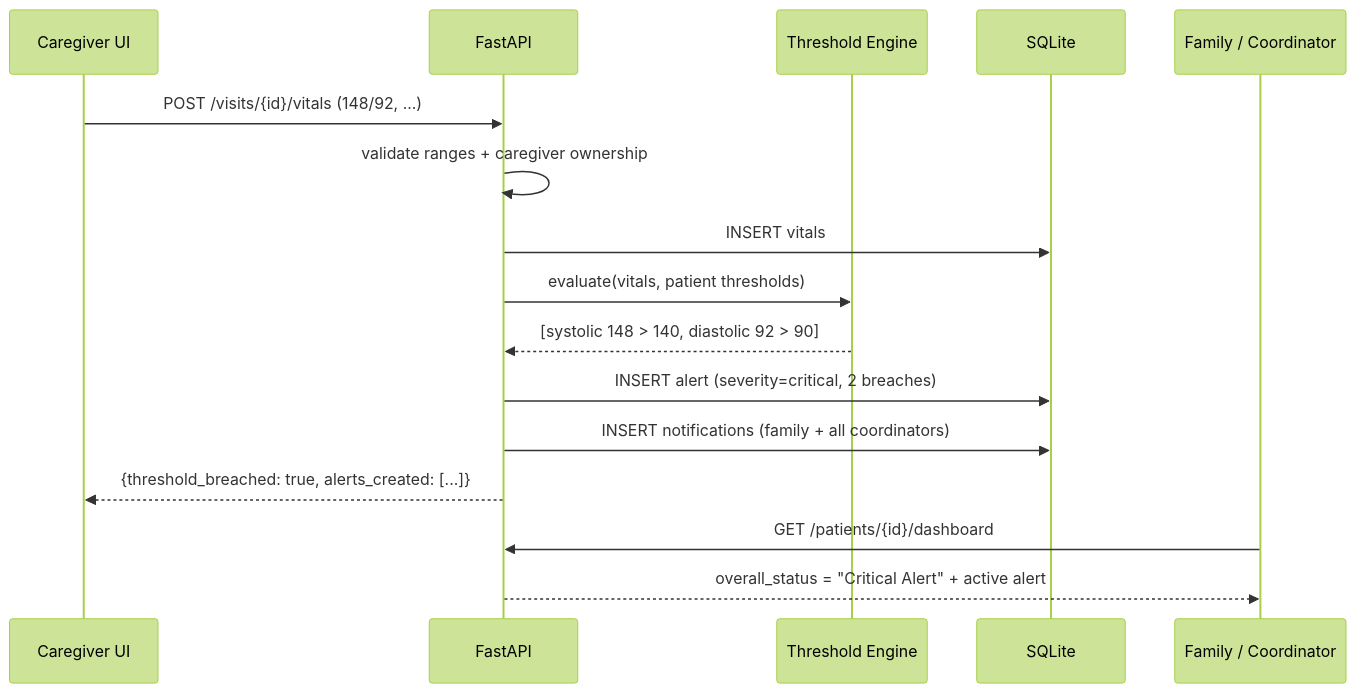
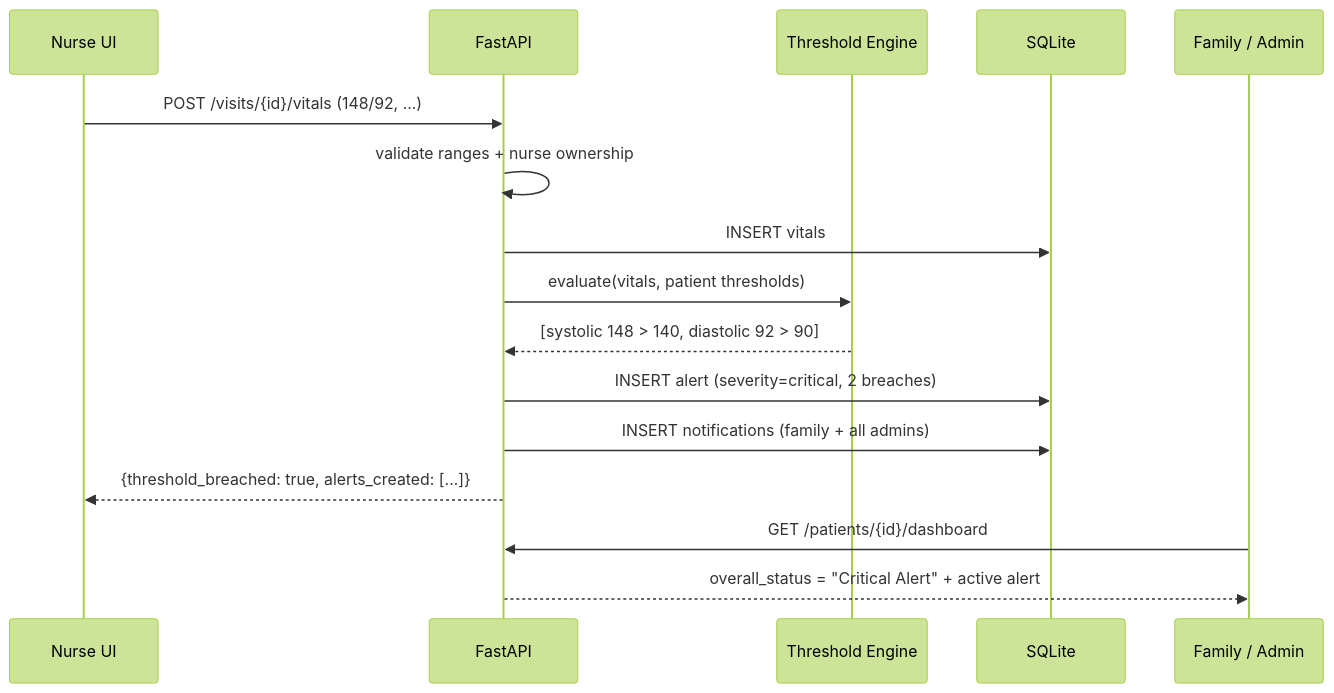
Before and after one commit to SaranAdhith/DoorDoctor: the fifth of 6 diagrams in DESIGN.md, drawn with Mermaid (forest theme). The commit also changed other lines of this file and 55 other files, not shown here.

First line of the commit message:
refactor: rename caregiver→nurse and coordinator→admin across the platform

````diff
--- a/DESIGN.md
+++ b/DESIGN.md
@@ -320,19 +320,19 @@
 ```mermaid
 sequenceDiagram
-    participant C as Caregiver UI
+    participant C as Nurse UI
     participant API as FastAPI
     participant E as Threshold Engine
     participant DB as SQLite
-    participant F as Family / Coordinator
+    participant F as Family / Admin
 
     C->>API: POST /visits/{id}/vitals (148/92, ...)
-    API->>API: validate ranges + caregiver ownership
+    API->>API: validate ranges + nurse ownership
     API->>DB: INSERT vitals
     API->>E: evaluate(vitals, patient thresholds)
     E-->>API: [systolic 148 > 140, diastolic 92 > 90]
     API->>DB: INSERT alert (severity=critical, 2 breaches)
-    API->>DB: INSERT notifications (family + all coordinators)
+    API->>DB: INSERT notifications (family + all admins)
     API-->>C: {threshold_breached: true, alerts_created: [...]}
     F->>API: GET /patients/{id}/dashboard
     API-->>F: overall_status = "Critical Alert" + active alert
 ```
````
